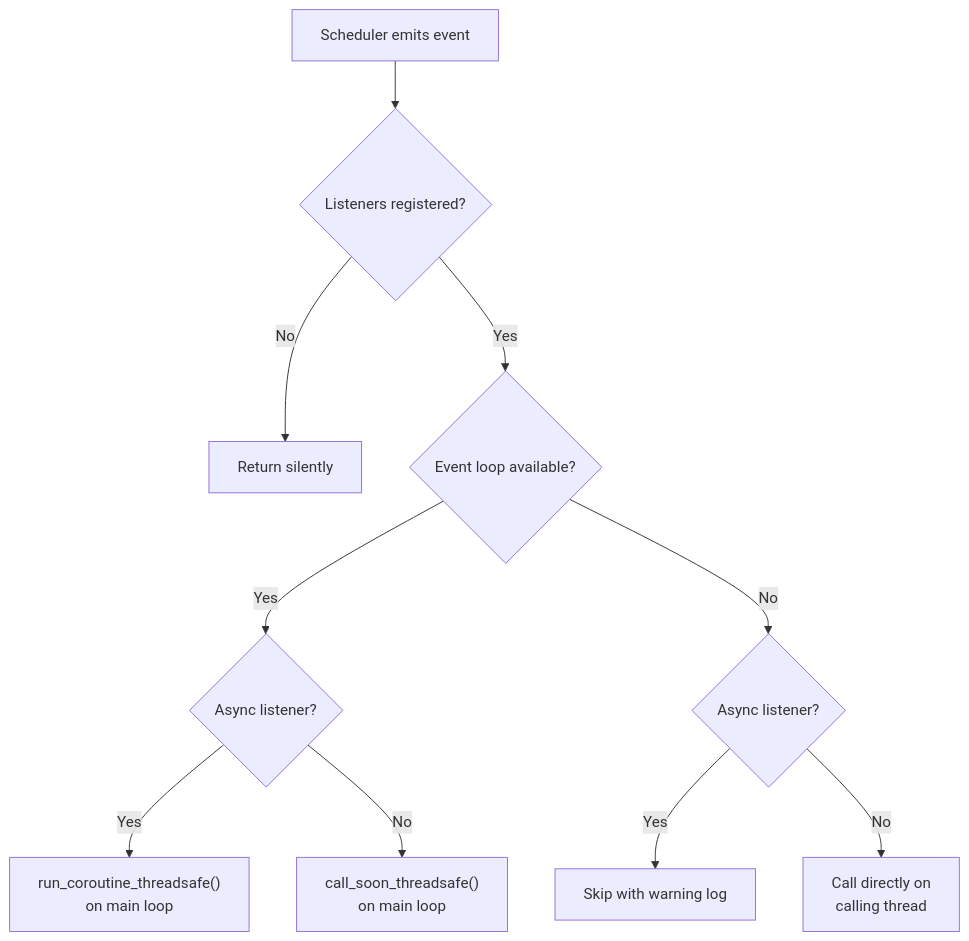
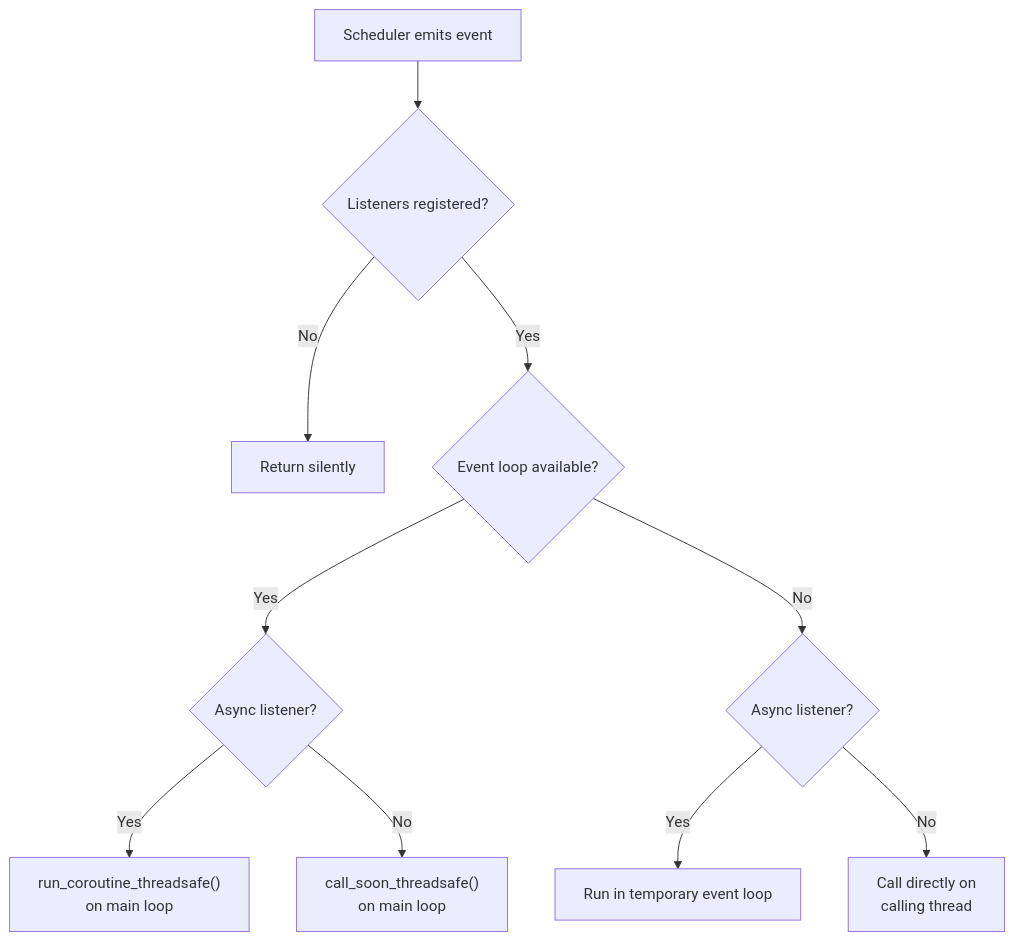
One commit to nandyalu/quiv changed the first of 2 diagrams in docs/event-listeners.md. Above: the diagram before and after it, drawn with Mermaid. The commit also changed other lines of this file and 3 other files, not shown here.

Commit message:
upd: enhance documentation for main_loop and event listeners; clarify temporary event loop behavior for async callbacks

````diff
--- a/docs/event-listeners.md
+++ b/docs/event-listeners.md
@@ -14,15 +14,15 @@
 ```mermaid
 flowchart TD
     A["Scheduler emits event"] --> B{Listeners registered?}
     B -- No --> C[Return silently]
     B -- Yes --> D{Event loop available?}
     D -- Yes --> E{Async listener?}
     D -- No --> F{Async listener?}
     E -- Yes --> G["run_coroutine_threadsafe()
     on main loop"]
     E -- No --> H["call_soon_threadsafe()
     on main loop"]
-    F -- Yes --> I["Skip with warning log"]
+    F -- Yes --> I["Run in temporary event loop"]
     F -- No --> J["Call directly on
     calling thread"]
 ```
````
